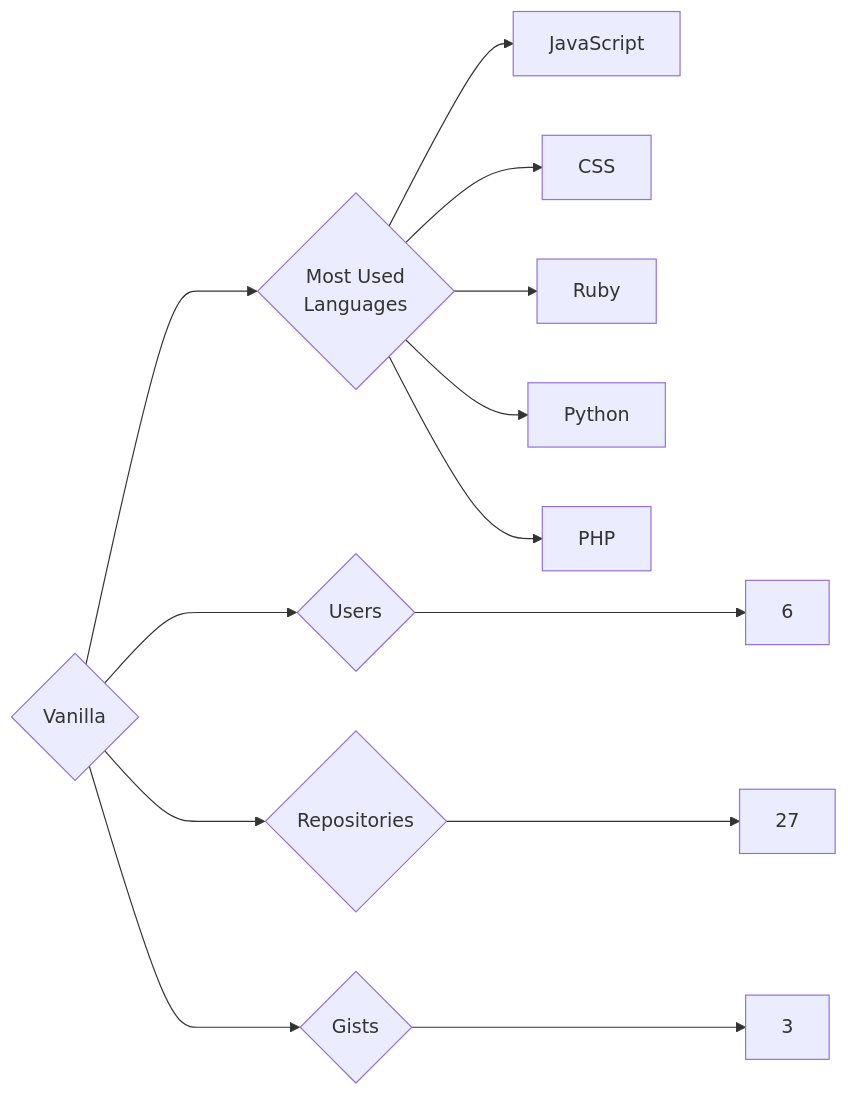
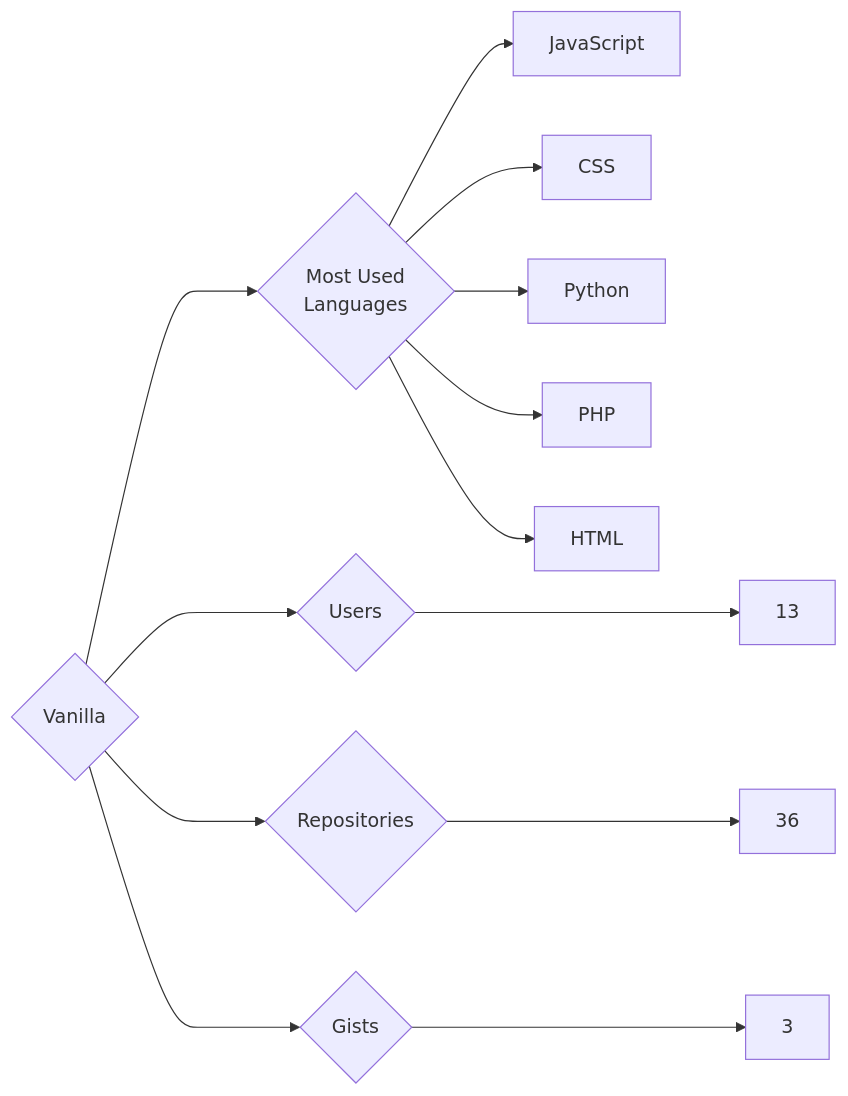
Before and after one commit to trickest/insiders: the diagram in targets/Vanilla/README.md, drawn with Mermaid. The commit also changed 1696 other files, not shown here.

````diff
--- a/targets/Vanilla/README.md
+++ b/targets/Vanilla/README.md
@@ -3,13 +3,13 @@
 ```mermaid
 graph LR
 COMPANY_NAME{Vanilla}
-COMPANY_NAME ---> U{Users} ---> UN[6]
-COMPANY_NAME ---> R{Repositories} ---> RN[27]
+COMPANY_NAME ---> U{Users} ---> UN[13]
+COMPANY_NAME ---> R{Repositories} ---> RN[36]
 COMPANY_NAME ---> G{Gists} ---> GN[3]
 COMPANY_NAME ---> ML{Most Used<br>Languages}
 ML --> JavaScript[JavaScript]
 ML --> CSS[CSS]
-ML --> Ruby[Ruby]
 ML --> Python[Python]
 ML --> PHP[PHP]
+ML --> HTML[HTML]
 ```
````
